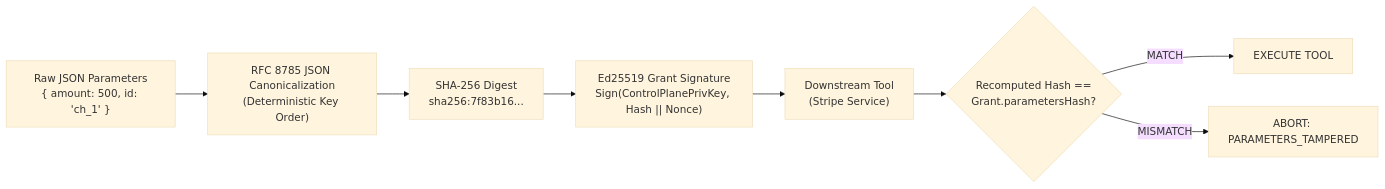
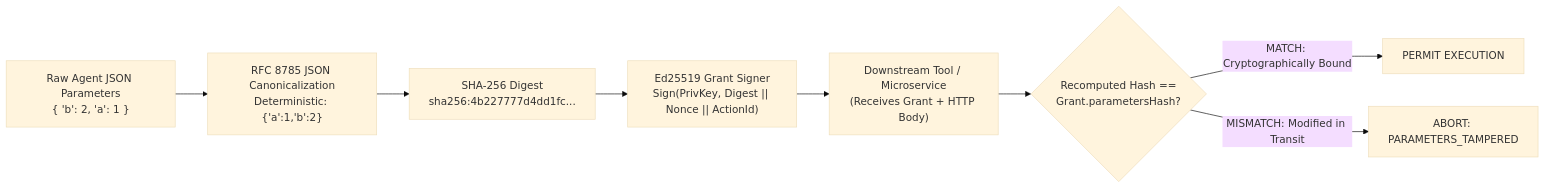
One commit to SwaRaaaj/CHRONICLE changed the fourth of 12 diagrams in README.md. Above: the diagram before and after it, drawn with Mermaid (base theme). The commit also changed other lines of this file, not shown here.

Commit message:
docs: comprehensive overhaul of README.md with 12 architectural diagrams, mathematical proofs, and full REST/CLI reference

````diff
--- a/README.md
+++ b/README.md
@@ -216,10 +315,10 @@
 ```mermaid
 flowchart LR
-    A["Raw JSON Parameters<br/>{ amount: 500, id: 'ch_1' }"] --> B["RFC 8785 JSON Canonicalization<br/>(Deterministic Key Order)"]
-    B --> C["SHA-256 Digest<br/>sha256:7f83b16..."]
-    C --> D["Ed25519 Grant Signature<br/>Sign(ControlPlanePrivKey, Hash || Nonce)"]
-    D --> E["Downstream Tool<br/>(Stripe Service)"]
+    A["Raw Agent JSON Parameters<br/>{ 'b': 2, 'a': 1 }"] --> B["RFC 8785 JSON Canonicalization<br/>Deterministic: {'a':1,'b':2}"]
+    B --> C["SHA-256 Digest<br/>sha256:4b227777d4dd1fc..."]
+    C --> D["Ed25519 Grant Signer<br/>Sign(PrivKey, Digest || Nonce || ActionId)"]
+    D --> E["Downstream Tool / Microservice<br/>(Receives Grant + HTTP Body)"]
     E --> F{"Recomputed Hash ==<br/>Grant.parametersHash?"}
-    F -->|MATCH| G["EXECUTE TOOL"]
-    F -->|MISMATCH| H["ABORT: PARAMETERS_TAMPERED"]
+    F -->|MATCH: Cryptographically Bound| G["PERMIT EXECUTION"]
+    F -->|MISMATCH: Modified in Transit| H["ABORT: PARAMETERS_TAMPERED"]
 ```
````
